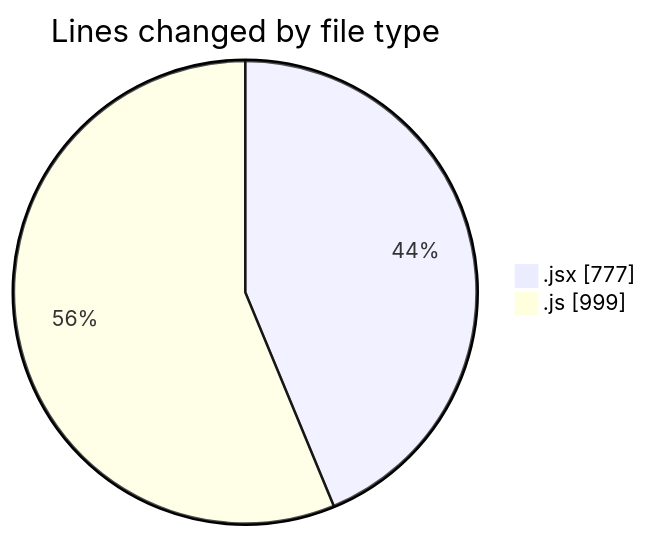
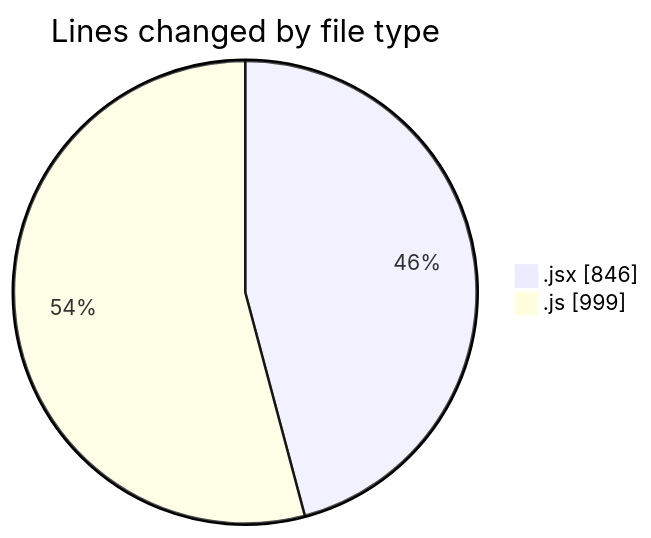
The first of 2 diagrams in 2025-07-25/nxtqube_webapp/README.md (nxtqubesakshisongat/code-tracking), drawn with Mermaid before and after one commit. The commit also changed other lines of this file and 1 other file, not shown here.

````diff
--- a/2025-07-25/nxtqube_webapp/README.md
+++ b/2025-07-25/nxtqube_webapp/README.md
@@ -26,6 +27,6 @@
 ```mermaid
 pie showData
 title Lines changed by file type
-".jsx" : 777
+".jsx" : 846
 ".js" : 999
 ```
````
